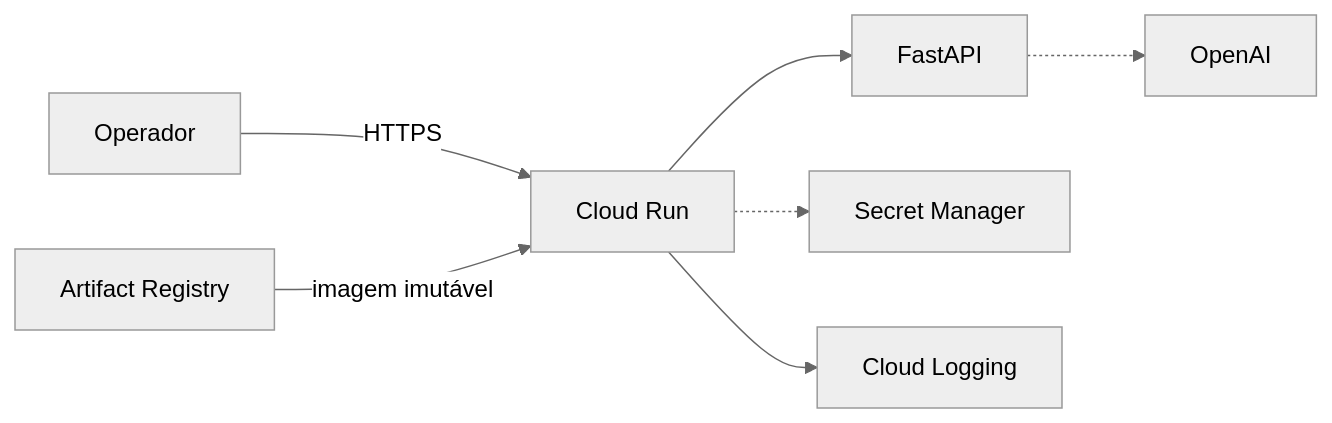
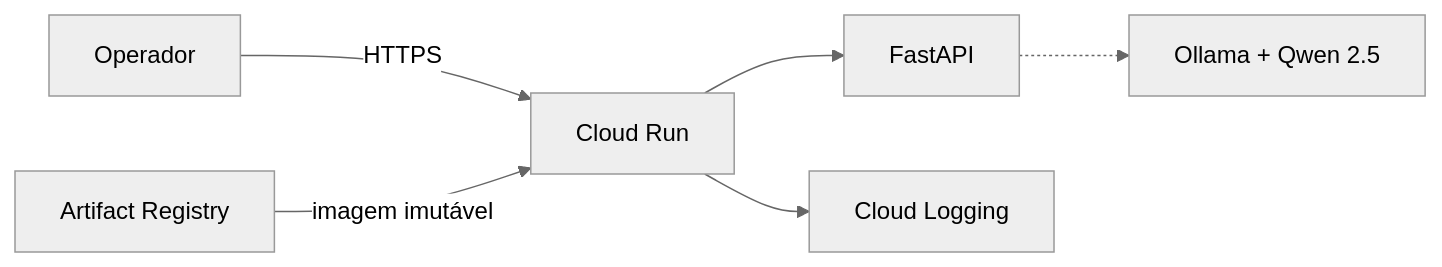
The fifth of 5 diagrams in docs/arquitetura.md (caiodesigner/challenge-fiap-fase-2), drawn with Mermaid (neutral theme) before and after one commit. The commit also changed other lines of this file and 31 other files, not shown here.

````diff
--- a/docs/arquitetura.md
+++ b/docs/arquitetura.md
@@ -213,9 +214,8 @@
 ```mermaid
 flowchart LR
     USER[Operador] -->|HTTPS| RUN[Cloud Run]
     RUN --> APP[FastAPI]
     REG[Artifact Registry] -->|imagem imutável| RUN
-    RUN -.-> SECRET[Secret Manager]
     RUN --> LOG[Cloud Logging]
-    APP -.-> OPENAI[OpenAI]
+    APP -.-> OLLAMA[Ollama + Qwen 2.5]
 ```
````
